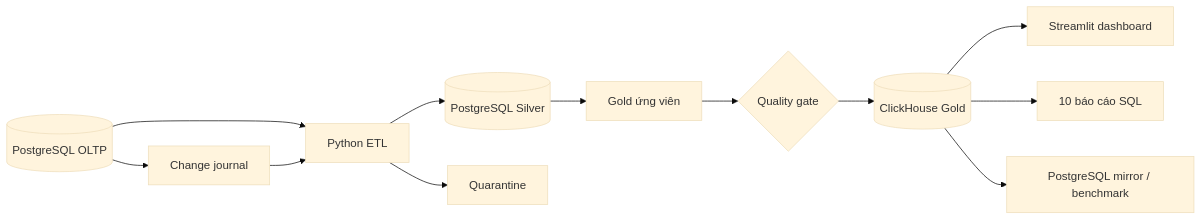
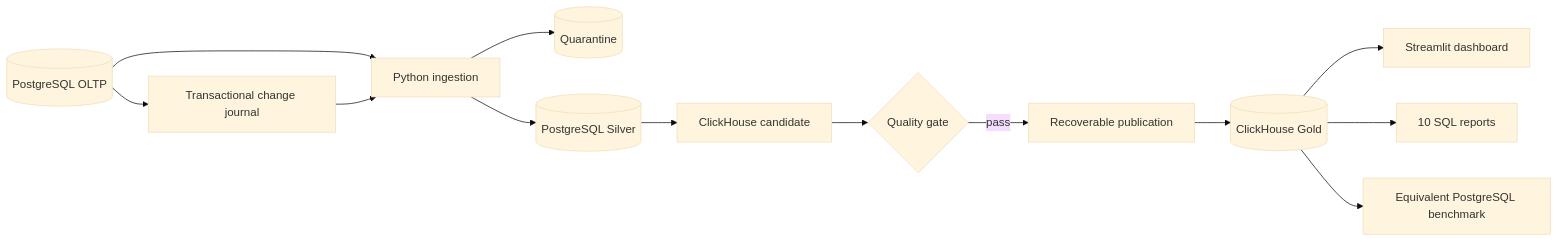
The diagram in README.md (longieoo/online-learning-warehouse), drawn with Mermaid (base theme) before and after one commit. The commit also changed other lines of this file and 92 other files, not shown here.

````diff
--- a/README.md
+++ b/README.md
@@ -15,14 +21,15 @@
 ```mermaid
 flowchart LR
-    O[(PostgreSQL OLTP)] --> J[Change journal]
-    O --> E[Python ETL]
-    J --> E
-    E --> S[(PostgreSQL Silver)]
-    E --> Q[Quarantine]
-    S --> B[Gold ứng viên]
-    B --> V{Quality gate}
-    V --> G[(ClickHouse Gold)]
-    G --> D[Streamlit dashboard]
-    G --> R[10 báo cáo SQL]
-    G --> M[PostgreSQL mirror / benchmark]
+  O[(PostgreSQL OLTP)] --> J[Transactional change journal]
+  O --> E[Python ingestion]
+  J --> E
+  E --> Q[(Quarantine)]
+  E --> S[(PostgreSQL Silver)]
+  S --> B[ClickHouse candidate]
+  B --> G{Quality gate}
+  G -->|pass| P[Recoverable publication]
+  P --> W[(ClickHouse Gold)]
+  W --> D[Streamlit dashboard]
+  W --> R[10 SQL reports]
+  W --> C[Equivalent PostgreSQL benchmark]
 ```
````
